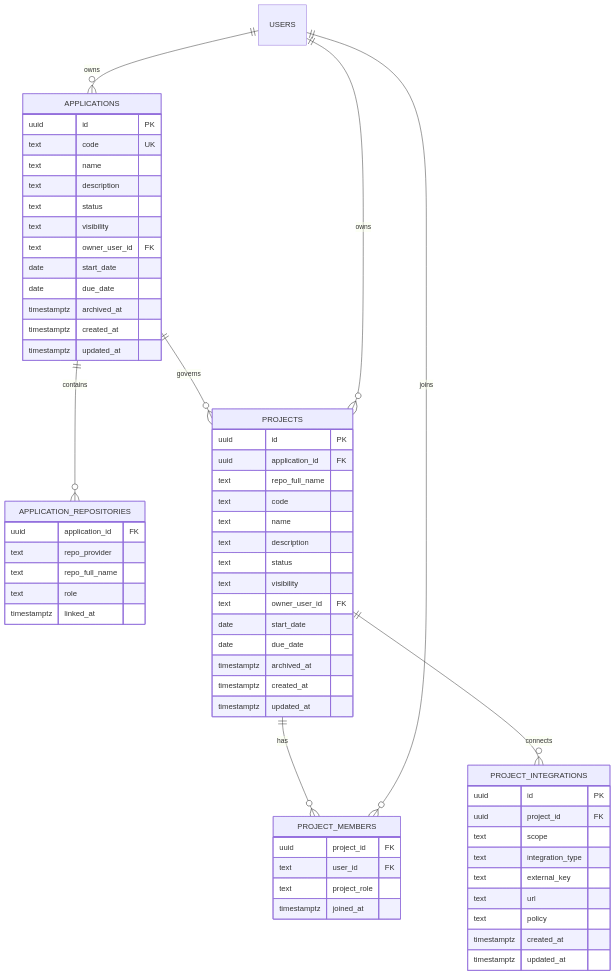
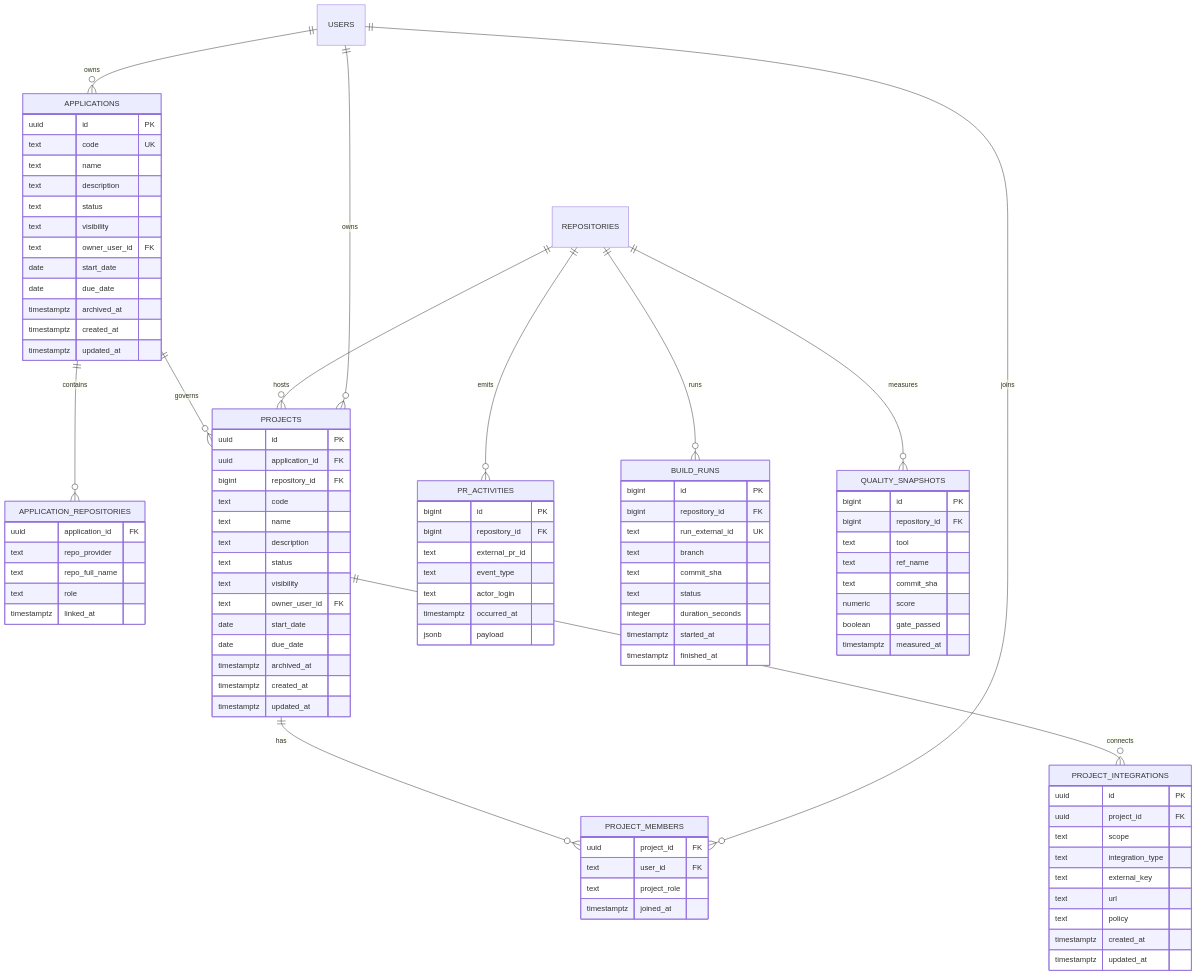
The fifth of 6 diagrams in docs/planning/system_erd.md (ykylee/Devhub_example), drawn with Mermaid before and after one commit. The commit also changed other lines of this file and 5 other files, not shown here.

Commit message:
docs: design application-repository-project data and repo ops metrics

````diff
--- a/docs/planning/system_erd.md
+++ b/docs/planning/system_erd.md
@@ -149,6 +149,10 @@
 erDiagram
     APPLICATIONS ||--o{ APPLICATION_REPOSITORIES : contains
     APPLICATIONS ||--o{ PROJECTS : governs
+    REPOSITORIES ||--o{ PROJECTS : hosts
+    REPOSITORIES ||--o{ PR_ACTIVITIES : emits
+    REPOSITORIES ||--o{ BUILD_RUNS : runs
+    REPOSITORIES ||--o{ QUALITY_SNAPSHOTS : measures
     PROJECTS ||--o{ PROJECT_INTEGRATIONS : connects
     PROJECTS ||--o{ PROJECT_MEMBERS : has
     USERS ||--o{ PROJECT_MEMBERS : joins
@@ -179,7 +183,7 @@
     PROJECTS {
       uuid id PK
       uuid application_id FK
-      text repo_full_name
+      bigint repository_id FK
       text code
       text name
       text description
@@ -209,4 +213,34 @@
       text project_role
       timestamptz joined_at
     }
+    PR_ACTIVITIES {
+      bigint id PK
+      bigint repository_id FK
+      text external_pr_id
+      text event_type
+      text actor_login
+      timestamptz occurred_at
+      jsonb payload
+    }
+    BUILD_RUNS {
+      bigint id PK
+      bigint repository_id FK
+      text run_external_id UK
+      text branch
+      text commit_sha
+      text status
+      integer duration_seconds
+      timestamptz started_at
+      timestamptz finished_at
+    }
+    QUALITY_SNAPSHOTS {
+      bigint id PK
+      bigint repository_id FK
+      text tool
+      text ref_name
+      text commit_sha
+      numeric score
+      boolean gate_passed
+      timestamptz measured_at
+    }
 ```
````
